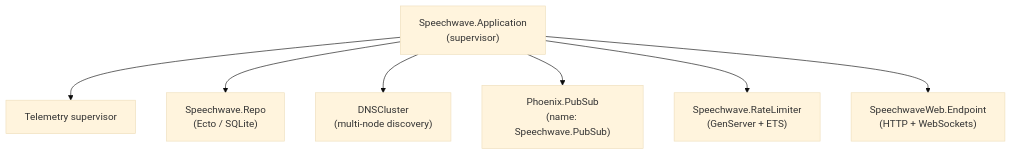
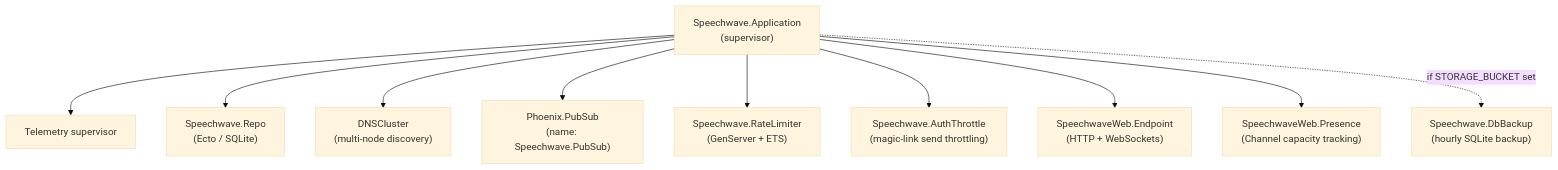
Before and after one commit to speechwave-live/speechwave: the fifth of 5 diagrams in docs/explainer.md, drawn with Mermaid (base theme). The commit also changed other lines of this file, not shown here.

Commit message:
docs: add AuthThrottle, Presence, DbBackup to explainer.md supervision tree

````diff
--- a/docs/explainer.md
+++ b/docs/explainer.md
@@ -583,9 +583,12 @@
 ```mermaid
 graph TD
     APP["Speechwave.Application\n(supervisor)"] --> TEL["Telemetry supervisor"]
     APP --> REPO["Speechwave.Repo\n(Ecto / SQLite)"]
     APP --> DNS["DNSCluster\n(multi-node discovery)"]
     APP --> PS["Phoenix.PubSub\n(name: Speechwave.PubSub)"]
     APP --> RL["Speechwave.RateLimiter\n(GenServer + ETS)"]
+    APP --> AT["Speechwave.AuthThrottle\n(magic-link send throttling)"]
     APP --> EP["SpeechwaveWeb.Endpoint\n(HTTP + WebSockets)"]
+    APP --> PR["SpeechwaveWeb.Presence\n(Channel capacity tracking)"]
+    APP -.->|"if STORAGE_BUCKET set"| DB["Speechwave.DbBackup\n(hourly SQLite backup)"]
 ```
````
